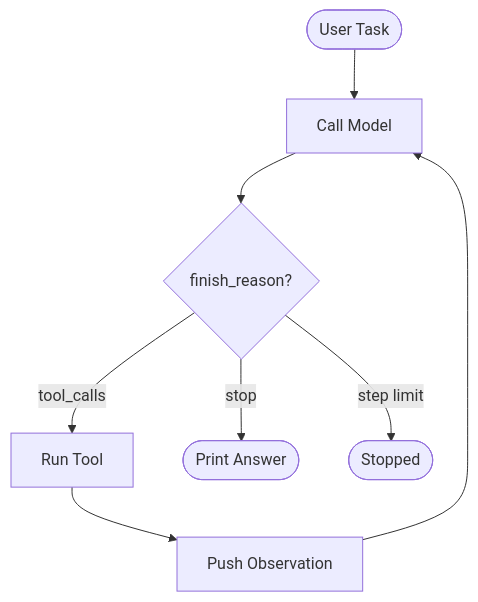
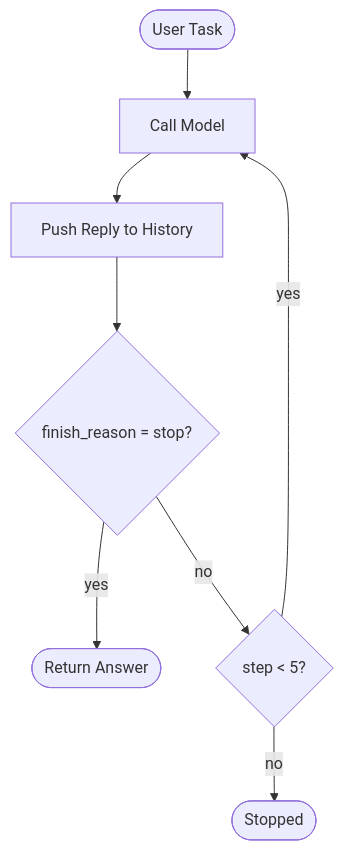
Before and after one commit to xixiaofinland/blog: the first of 3 diagrams in src/ai-minimal-agent.md, drawn with Mermaid. The commit also changed other lines of this file and 3 other files, not shown here.

````diff
--- a/src/ai-minimal-agent.md
+++ b/src/ai-minimal-agent.md
@@ -68,10 +84,10 @@
 ```mermaid
 flowchart TD
     A([User Task]) --> B[Call Model]
-    B --> C{finish_reason?}
-    C -- tool_calls --> D[Run Tool]
-    D --> E[Push Observation]
-    E --> B
-    C -- stop --> F([Print Answer])
-    C -- step limit --> G([Stopped])
+    B --> C[Push Reply to History]
+    C --> D{finish_reason = stop?}
+    D -- yes --> E([Return Answer])
+    D -- no --> F{step < 5?}
+    F -- yes --> B
+    F -- no --> G([Stopped])
 ```
````
